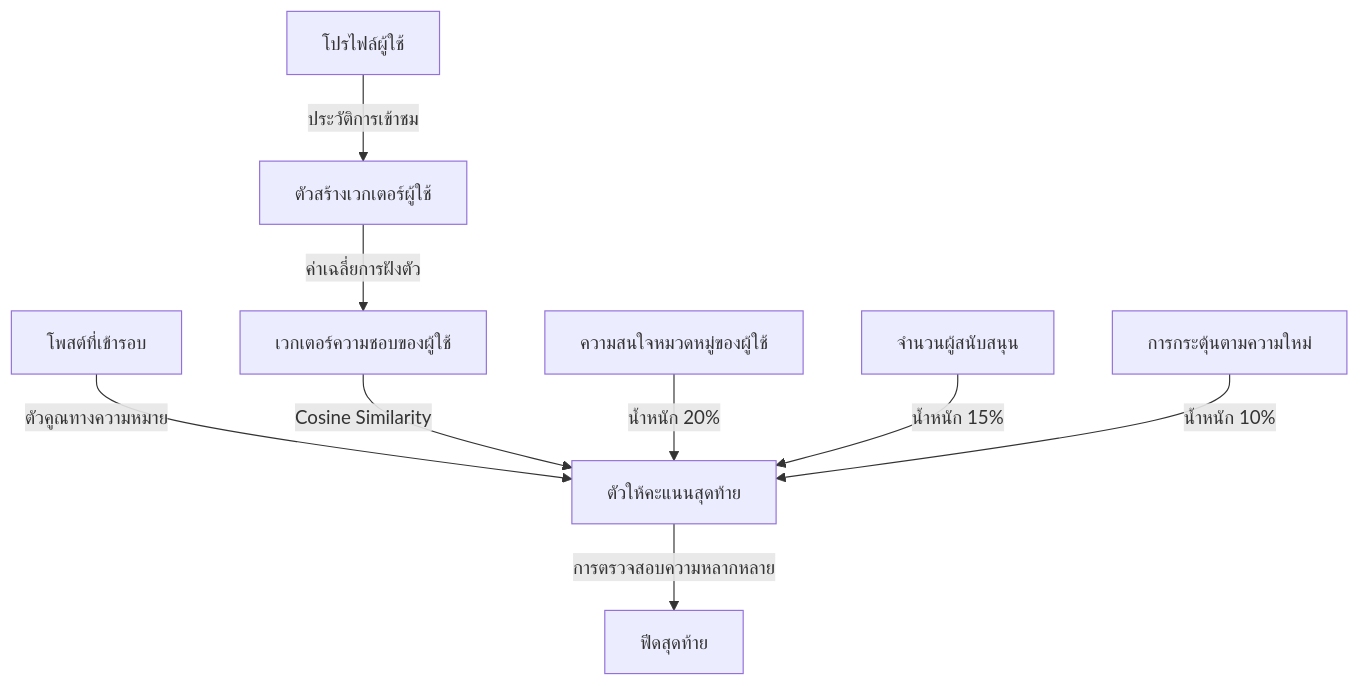
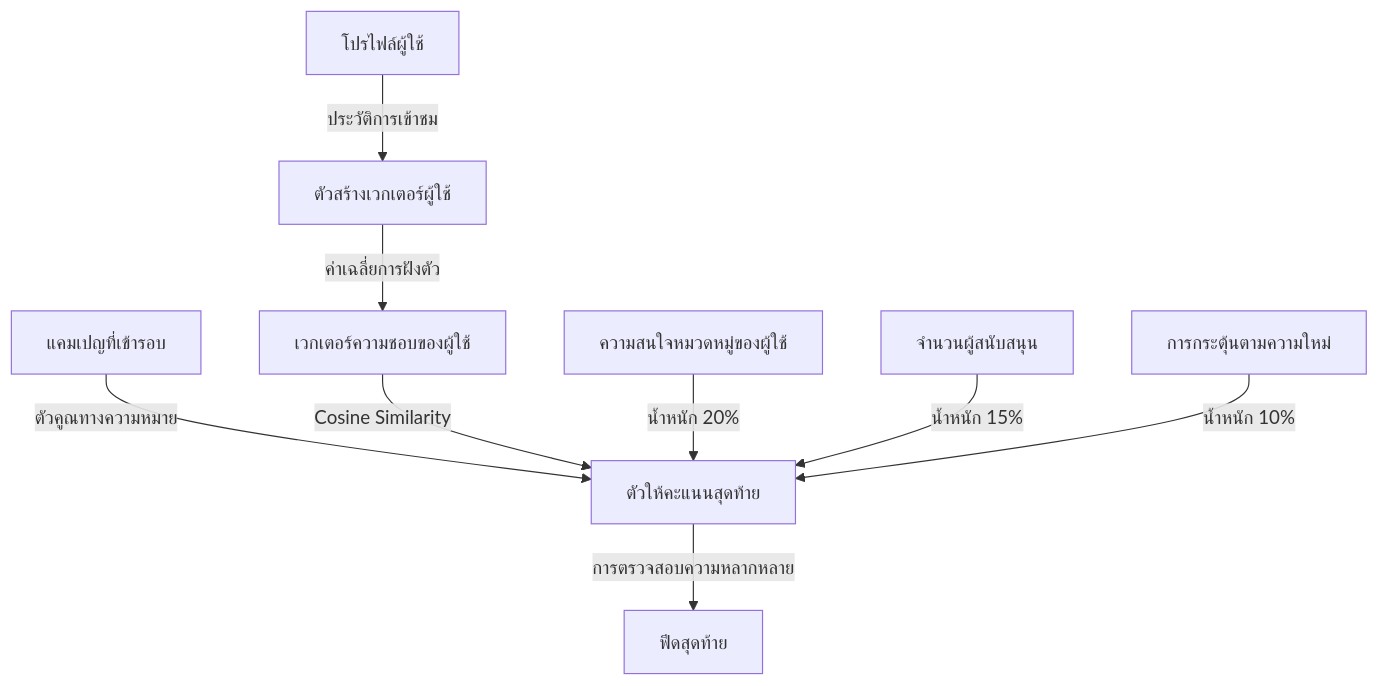
Before and after one commit to o-kard/okard-backend: the diagram in docs/developer_manual/th/for_you_module_manual.md, drawn with Mermaid. The commit also changed other lines of this file and 15 other files, not shown here.

````diff
--- a/docs/developer_manual/th/for_you_module_manual.md
+++ b/docs/developer_manual/th/for_you_module_manual.md
@@ -24,13 +24,13 @@
 ```mermaid
 graph TD
     User[โปรไฟล์ผู้ใช้] -->|ประวัติการเข้าชม| VecBuilder[ตัวสร้างเวกเตอร์ผู้ใช้]
     VecBuilder -->|ค่าเฉลี่ยการฝังตัว| UserVec[เวกเตอร์ความชอบของผู้ใช้]
     
-    Candidates[โพสต์ที่เข้ารอบ] -->|ตัวคูณทางความหมาย| Scorer[ตัวให้คะแนนสุดท้าย]
+    Candidates[แคมเปญที่เข้ารอบ] -->|ตัวคูณทางความหมาย| Scorer[ตัวให้คะแนนสุดท้าย]
     UserVec -->|Cosine Similarity| Scorer
     Affinity[ความสนใจหมวดหมู่ของผู้ใช้] -->|น้ำหนัก 20%| Scorer
     Popularity[จำนวนผู้สนับสนุน] -->|น้ำหนัก 15%| Scorer
     Freshness[การกระตุ้นตามความใหม่] -->|น้ำหนัก 10%| Scorer
     
     Scorer -->|การตรวจสอบความหลากหลาย| Filter[ฟีดสุดท้าย]
 ```
````
